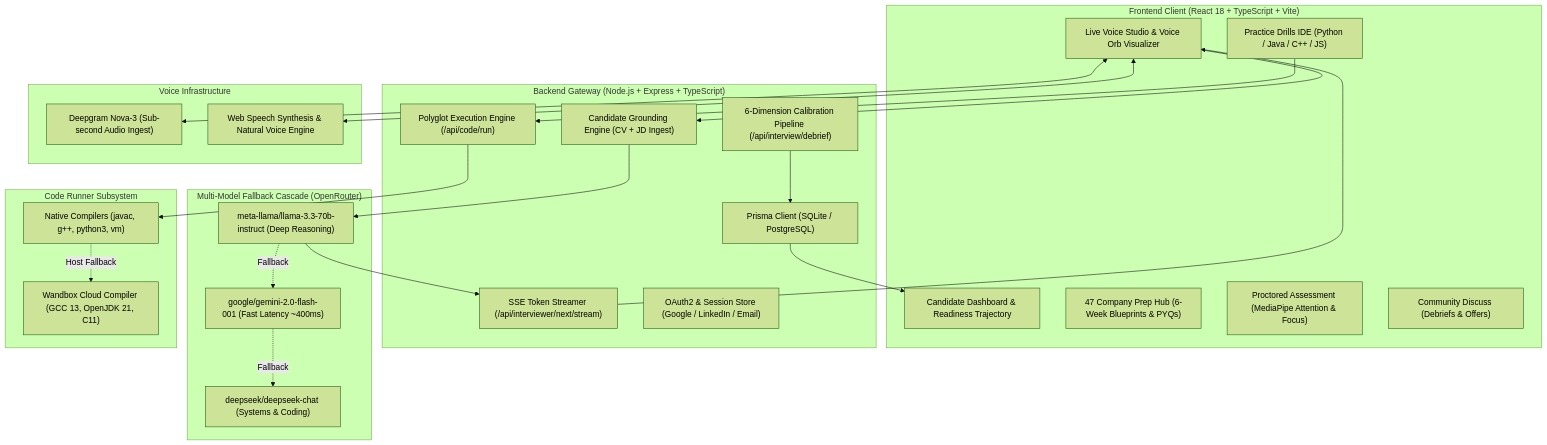
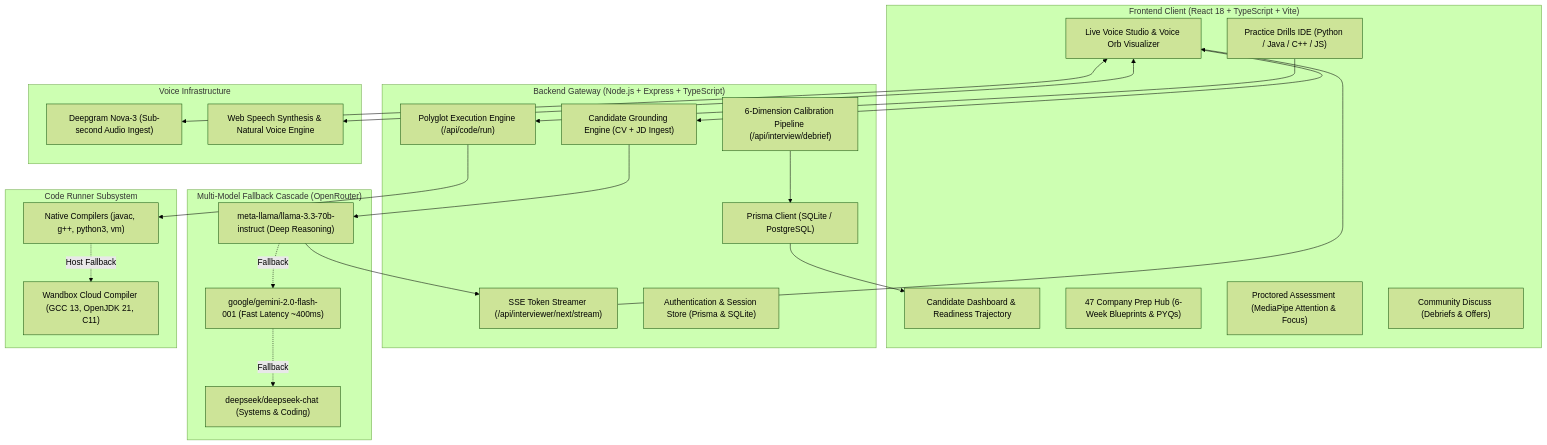
Before and after one commit to piyush23-eng/TeLos: the diagram in README.md, drawn with Mermaid (forest theme). The commit also changed other lines of this file, not shown here.

Commit message:
docs: remove third-party OAuth configuration limitation and streamline auth documentation

````diff
--- a/README.md
+++ b/README.md
@@ -41,50 +41,50 @@
 ```mermaid
 flowchart TD
     subgraph Client ["Frontend Client (React 18 + TypeScript + Vite)"]
         Dashboard["Candidate Dashboard & Readiness Trajectory"]
         Studio["Live Voice Studio & Voice Orb Visualizer"]
         Prep["47 Company Prep Hub (6-Week Blueprints & PYQs)"]
         Drills["Practice Drills IDE (Python / Java / C++ / JS)"]
         Proctor["Proctored Assessment (MediaPipe Attention & Focus)"]
         Community["Community Discuss (Debriefs & Offers)"]
     end
 
     subgraph Server ["Backend Gateway (Node.js + Express + TypeScript)"]
         SSEStreamer["SSE Token Streamer (/api/interviewer/next/stream)"]
         ContextEngine["Candidate Grounding Engine (CV + JD Ingest)"]
         DebriefEngine["6-Dimension Calibration Pipeline (/api/interview/debrief)"]
         RunnerEngine["Polyglot Execution Engine (/api/code/run)"]
-        AuthService["OAuth2 & Session Store (Google / LinkedIn / Email)"]
+        AuthService["Authentication & Session Store (Prisma & SQLite)"]
         PrismaORM["Prisma Client (SQLite / PostgreSQL)"]
     end
 
     subgraph Intelligence ["Multi-Model Fallback Cascade (OpenRouter)"]
         PrimaryLLM["meta-llama/llama-3.3-70b-instruct (Deep Reasoning)"]
         FallbackLLM1["google/gemini-2.0-flash-001 (Fast Latency ~400ms)"]
         FallbackLLM2["deepseek/deepseek-chat (Systems & Coding)"]
     end
 
     subgraph ExecutionLayer ["Code Runner Subsystem"]
         LocalHost["Native Compilers (javac, g++, python3, vm)"]
         WandboxCloud["Wandbox Cloud Compiler (GCC 13, OpenJDK 21, C11)"]
     end
 
     subgraph AudioSpeech ["Voice Infrastructure"]
         DeepgramSTT["Deepgram Nova-3 (Sub-second Audio Ingest)"]
         BrowserTTS["Web Speech Synthesis & Natural Voice Engine"]
     end
 
     Studio <--> DeepgramSTT
     Studio <--> BrowserTTS
     Studio --> ContextEngine
     ContextEngine --> PrimaryLLM
     PrimaryLLM -. Fallback .-> FallbackLLM1
     FallbackLLM1 -. Fallback .-> FallbackLLM2
     PrimaryLLM --> SSEStreamer
     SSEStreamer --> Studio
     Drills --> RunnerEngine
     RunnerEngine --> LocalHost
     LocalHost -. Host Fallback .-> WandboxCloud
     DebriefEngine --> PrismaORM
     PrismaORM --> Dashboard
 ```
````
